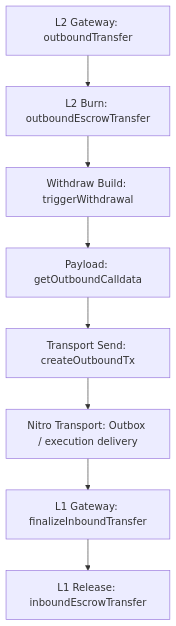
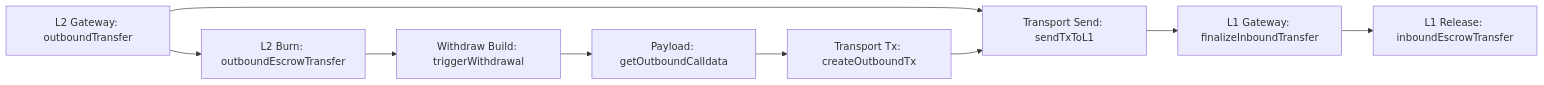
The diagram in withdraw-review.md (Sera5im/Sera5im-arb-erc20-bridge-review-en), drawn with Mermaid before and after one commit.

Commit message:
Simplify withdraw flow diagram

````diff
--- a/withdraw-review.md
+++ b/withdraw-review.md
@@ -5,10 +5,12 @@
 ```mermaid
-flowchart TD
-    A["L2 Gateway: outboundTransfer"] --> B["L2 Burn: outboundEscrowTransfer"]
-    B --> C["Withdraw Build: triggerWithdrawal"]
-    C --> D["Payload: getOutboundCalldata"]
-    D --> E["Transport Send: createOutboundTx"]
-    E --> F["Nitro Transport: Outbox / execution delivery"]
-    F --> G["L1 Gateway: finalizeInboundTransfer"]
-    G --> H["L1 Release: inboundEscrowTransfer"]
+flowchart LR
+    A["L2 Gateway: outboundTransfer"] --> B["Transport Send: sendTxToL1"]
+    B --> C["L1 Gateway: finalizeInboundTransfer"]
+    C --> D["L1 Release: inboundEscrowTransfer"]
+
+    A --> A1["L2 Burn: outboundEscrowTransfer"]
+    A1 --> A2["Withdraw Build: triggerWithdrawal"]
+    A2 --> A3["Payload: getOutboundCalldata"]
+    A3 --> A4["Transport Tx: createOutboundTx"]
+    A4 --> B
 ```
````
